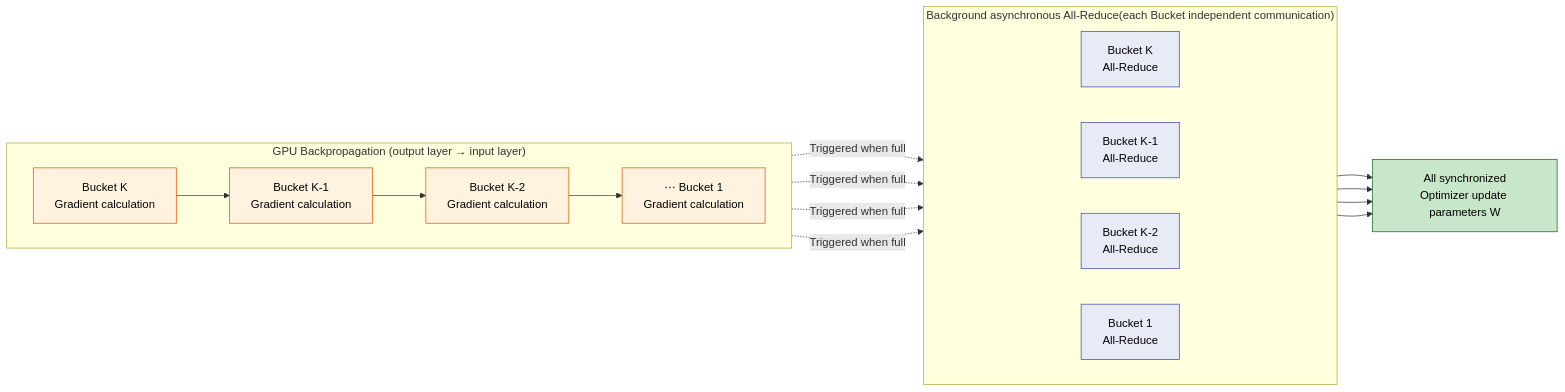
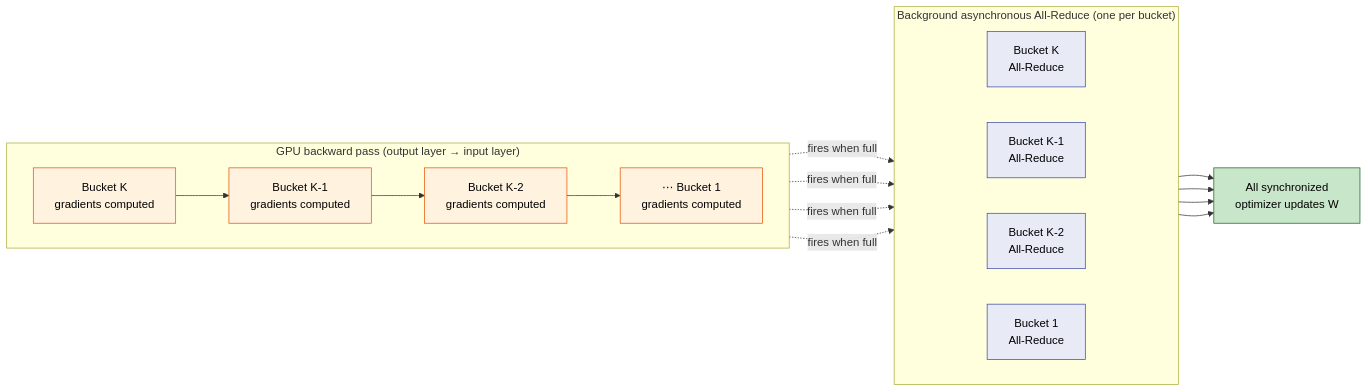
The ninth of 29 diagrams in _translations/en/research/LLM-Training-Survey.md (TingdeLiu/tingdeliu.github.io), drawn with Mermaid before and after one commit. The commit also changed other lines of this file and 2 other files, not shown here.

First line of the commit message:
docs(llm-survey): polish English edition and add evolution timeline

````diff
--- a/_translations/en/research/LLM-Training-Survey.md
+++ b/_translations/en/research/LLM-Training-Survey.md
@@ -2385,32 +2403,32 @@
 ```mermaid
 flowchart LR
-    subgraph COMPUTE ["GPU Backpropagation (output layer → input layer)"]
+    subgraph COMPUTE ["GPU backward pass (output layer → input layer)"]
         direction LR
-        C1["Bucket K<br>Gradient calculation"] --> C2["Bucket K-1<br>Gradient calculation"] --> C3["Bucket K-2<br>Gradient calculation"] --> C4["⋯ Bucket 1<br>Gradient calculation"]
+        C1["Bucket K<br>gradients computed"] --> C2["Bucket K-1<br>gradients computed"] --> C3["Bucket K-2<br>gradients computed"] --> C4["⋯ Bucket 1<br>gradients computed"]
     end
 
-    subgraph COMM ["Background asynchronous All-Reduce(each Bucket independent communication)"]
+    subgraph COMM ["Background asynchronous All-Reduce (one per bucket)"]
         direction LR
         R1["Bucket K<br>All-Reduce"]
         R2["Bucket K-1<br>All-Reduce"]
         R3["Bucket K-2<br>All-Reduce"]
         R4["Bucket 1<br>All-Reduce"]
     end
 
-    C1 -.->|"Triggered when full"| R1
-    C2 -.->|"Triggered when full"| R2
-    C3 -.->|"Triggered when full"| R3
-    C4 -.->|"Triggered when full"| R4
+    C1 -.->|"fires when full"| R1
+    C2 -.->|"fires when full"| R2
+    C3 -.->|"fires when full"| R3
+    C4 -.->|"fires when full"| R4
 
-    R1 & R2 & R3 & R4 --> UPDATE["All synchronized<br>Optimizer update parameters W"]
+    R1 & R2 & R3 & R4 --> UPDATE["All synchronized<br>optimizer updates W"]
 
     style C1 fill:#fff3e0,stroke:#e65100,color:#000
     style C2 fill:#fff3e0,stroke:#e65100,color:#000
     style C3 fill:#fff3e0,stroke:#e65100,color:#000
     style C4 fill:#fff3e0,stroke:#e65100,color:#000
     style R1 fill:#e8eaf6,stroke:#3949ab,color:#000
     style R2 fill:#e8eaf6,stroke:#3949ab,color:#000
     style R3 fill:#e8eaf6,stroke:#3949ab,color:#000
     style R4 fill:#e8eaf6,stroke:#3949ab,color:#000
     style UPDATE fill:#c8e6c9,stroke:#1b5e20,color:#000
 ```
````
